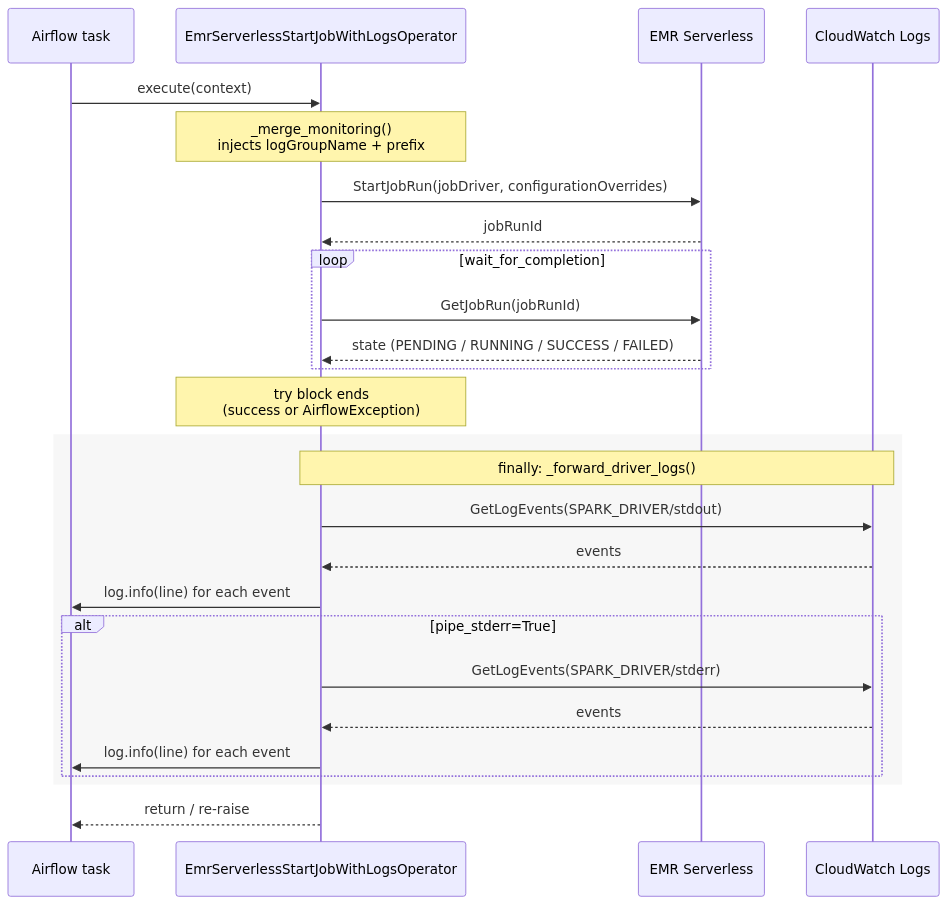
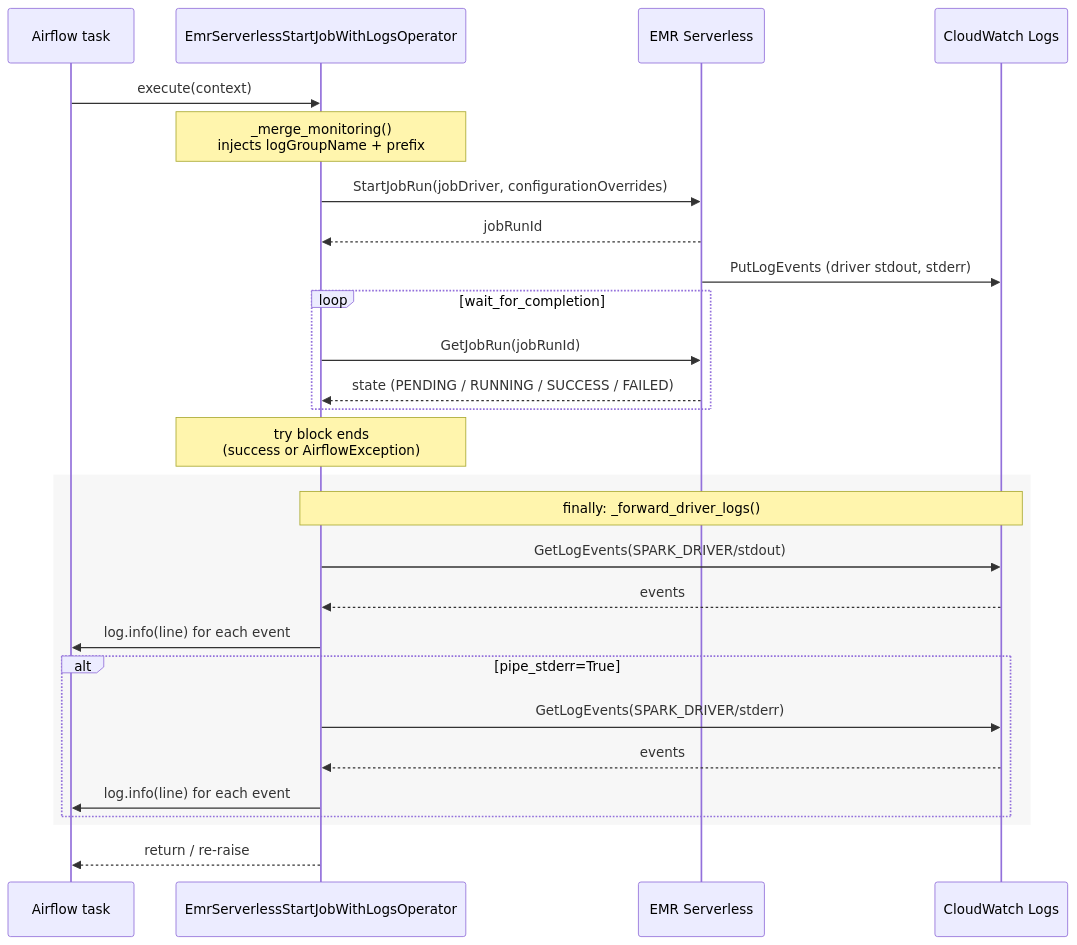
Before and after one commit to radiant-network/radiant-open-datalake: the diagram in doc/poc/SJRA-1374-EMR-Serverless/SJRA-1374-EMR-Serverless.md, drawn with Mermaid. The commit also changed other lines of this file and 1 other file, not shown here.

Commit message:
feat: sjra-1374 update emr poc documentation

````diff
--- a/doc/poc/SJRA-1374-EMR-Serverless/SJRA-1374-EMR-Serverless.md
+++ b/doc/poc/SJRA-1374-EMR-Serverless/SJRA-1374-EMR-Serverless.md
@@ -519,33 +403,35 @@
 ```mermaid
 sequenceDiagram
     participant T as Airflow task
     participant OP as EmrServerlessStartJobWithLogsOperator
     participant EMR as EMR Serverless
     participant CW as CloudWatch Logs
 
     T->>OP: execute(context)
     Note over OP: _merge_monitoring()<br/>injects logGroupName + prefix
     OP->>EMR: StartJobRun(jobDriver, configurationOverrides)
     EMR-->>OP: jobRunId
+
+    EMR->>CW: PutLogEvents (driver stdout, stderr)
 
     loop wait_for_completion
         OP->>EMR: GetJobRun(jobRunId)
         EMR-->>OP: state (PENDING / RUNNING / SUCCESS / FAILED)
     end
 
     Note over OP: try block ends<br/>(success or AirflowException)
 
     rect rgba(200,200,200,0.15)
     Note over OP,CW: finally: _forward_driver_logs()
     OP->>CW: GetLogEvents(SPARK_DRIVER/stdout)
     CW-->>OP: events
     OP->>T: log.info(line) for each event
     alt pipe_stderr=True
         OP->>CW: GetLogEvents(SPARK_DRIVER/stderr)
         CW-->>OP: events
         OP->>T: log.info(line) for each event
     end
     end
 
     OP-->>T: return / re-raise
 ```
````
